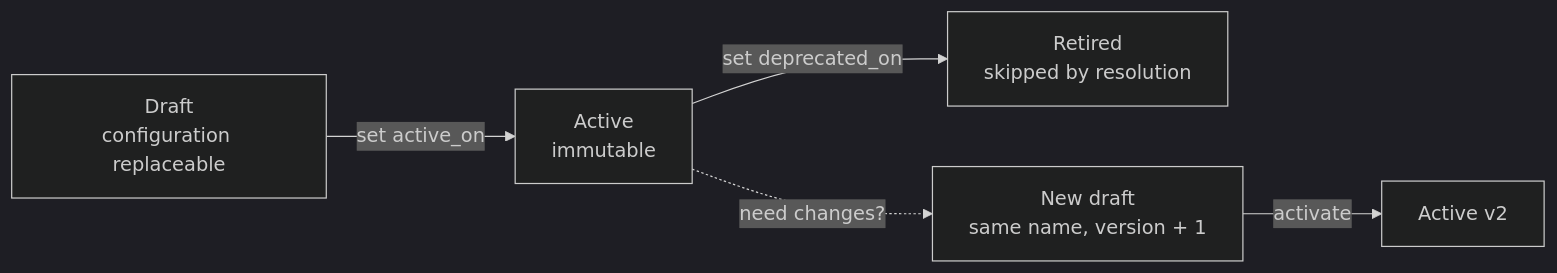
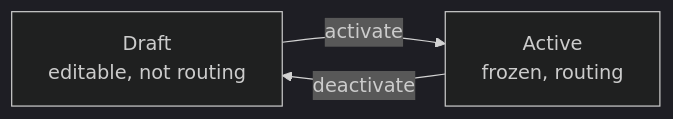
Before and after one commit to solo-finance/docs: the second of 2 diagrams in concepts/governance/furnishing-policies.mdx, drawn with Mermaid (dark theme). The commit also changed other lines of this file and 144 other files, not shown here.

````diff
--- a/concepts/governance/furnishing-policies.mdx
+++ b/concepts/governance/furnishing-policies.mdx
@@ -92,7 +69,5 @@
 ```mermaid
 flowchart LR
-    D[Draft<br/>configuration replaceable] -->|set active_on| A[Active<br/>immutable]
-    A -->|set deprecated_on| R[Retired<br/>skipped by resolution]
-    A -.->|need changes?| D2[New draft<br/>same name, version + 1]
-    D2 -->|activate| A2[Active v2]
+    D[Draft<br/>editable, not routing] -->|activate| A[Active<br/>frozen, routing]
+    A -->|deactivate| D
 ```
````
